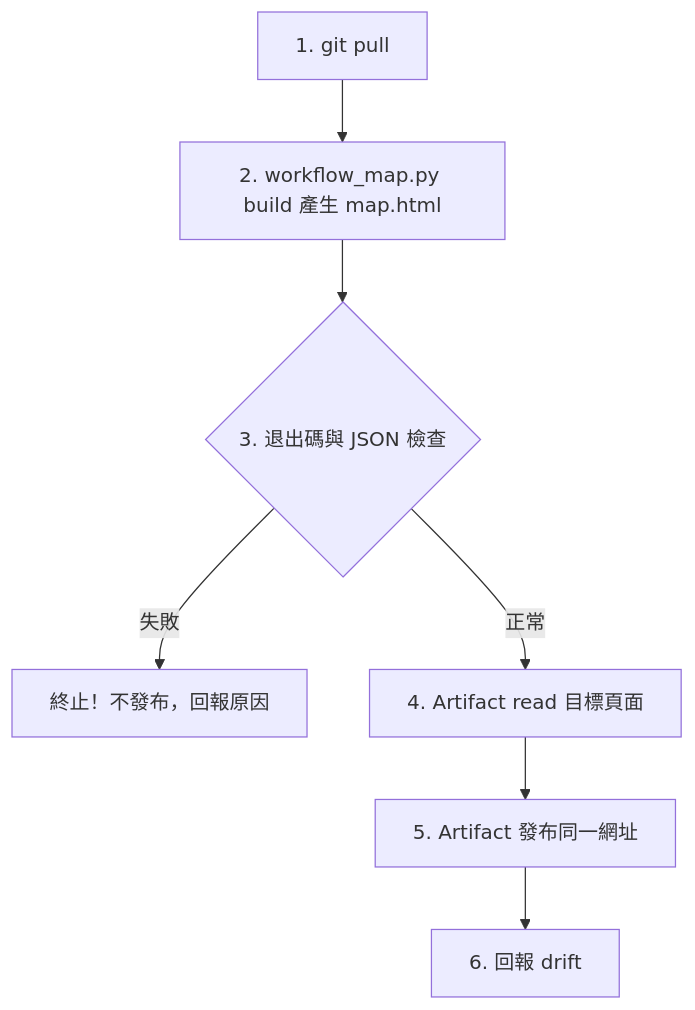
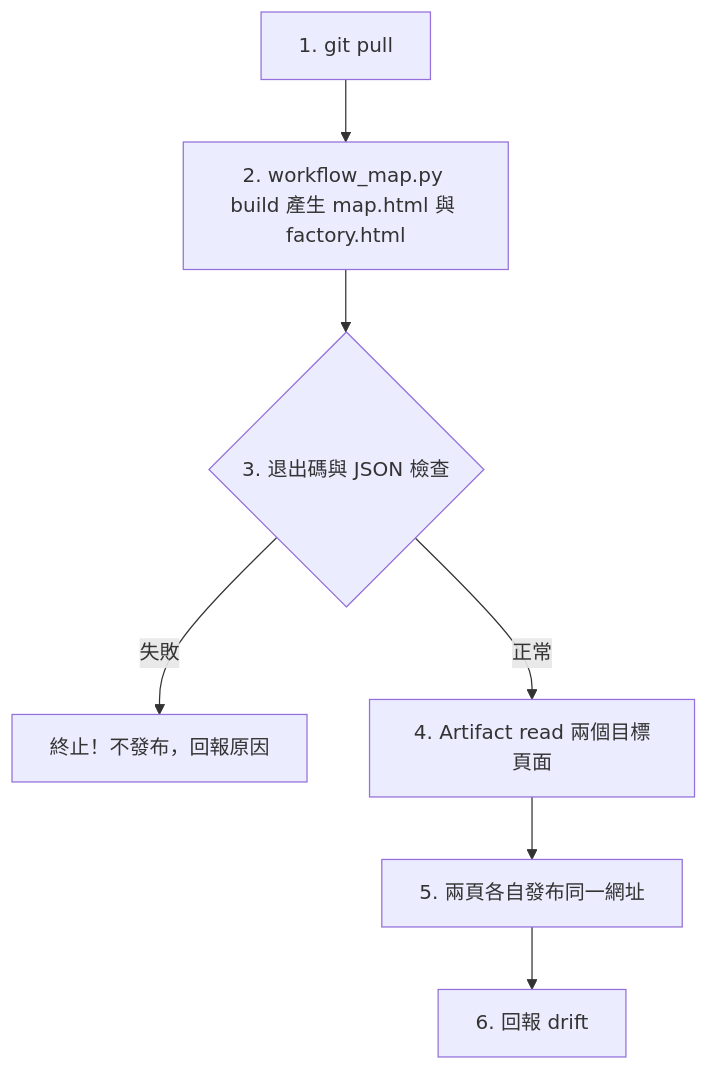
Before and after one commit to HachiTsai/Investment_Tracker: the diagram in .claude/workflows/workflow-map.md, drawn with Mermaid. The commit also changed other lines of this file and 6 other files, not shown here.

First line of the commit message:
tool(workflow-map): C5 改每日 23:10 並同時更新工作流工廠頁

````diff
--- a/.claude/workflows/workflow-map.md
+++ b/.claude/workflows/workflow-map.md
@@ -30,9 +32,9 @@
 ```mermaid
 flowchart TD
-    A["1. git pull"] --> B["2. workflow_map.py build 產生 map.html"]
+    A["1. git pull"] --> B["2. workflow_map.py build 產生 map.html 與 factory.html"]
     B --> C{"3. 退出碼與 JSON 檢查"}
     C -->|失敗| D["終止！不發布，回報原因"]
-    C -->|正常| E["4. Artifact read 目標頁面"]
-    E --> F["5. Artifact 發布同一網址"]
+    C -->|正常| E["4. Artifact read 兩個目標頁面"]
+    E --> F["5. 兩頁各自發布同一網址"]
     F --> G["6. 回報 drift"]
 ```
````
